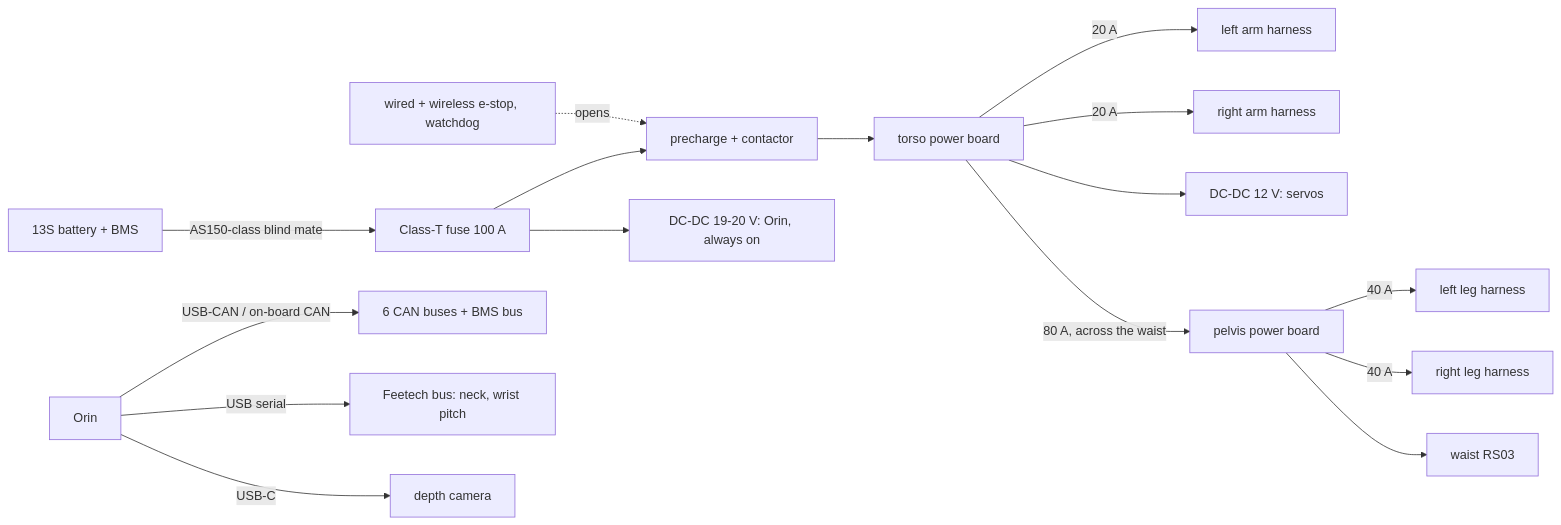
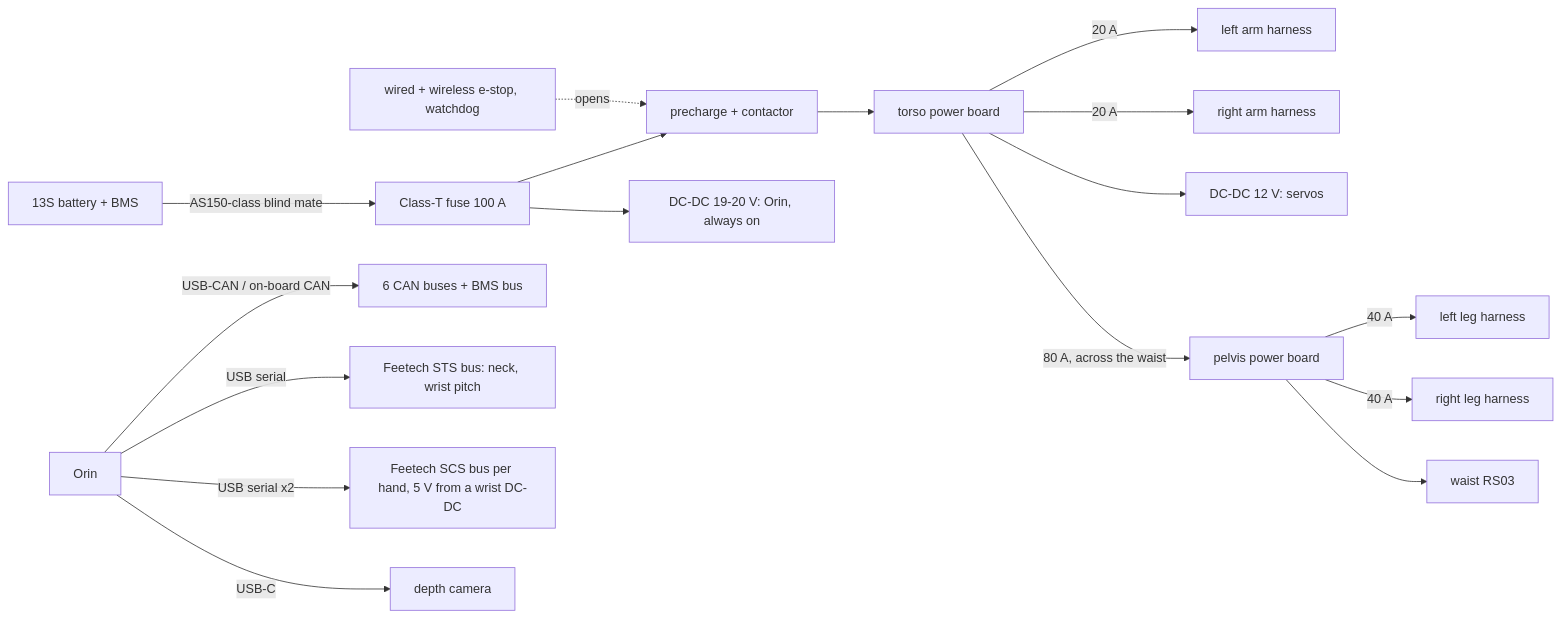
Before and after one commit to kranthie/marvin-bot: the diagram in docs/design/assembly_wiring.md, drawn with Mermaid. The commit also changed other lines of this file and 31 other files, not shown here.

````diff
--- a/docs/design/assembly_wiring.md
+++ b/docs/design/assembly_wiring.md
@@ -50,18 +50,19 @@
 ```mermaid
 flowchart LR
   BAT[13S battery + BMS] -->|AS150-class blind mate| FUSE[Class-T fuse 100 A]
   FUSE --> PRE[precharge + contactor]
   ESTOP[wired + wireless e-stop, watchdog] -.opens.-> PRE
   FUSE --> DCC[DC-DC 19-20 V: Orin, always on]
   PRE --> TPDB[torso power board]
   TPDB -->|20 A| LARM[left arm harness]
   TPDB -->|20 A| RARM[right arm harness]
   TPDB --> DC12[DC-DC 12 V: servos]
   TPDB -->|80 A, across the waist| PPDB[pelvis power board]
   PPDB -->|40 A| LLEG[left leg harness]
   PPDB -->|40 A| RLEG[right leg harness]
   PPDB --> WAIST[waist RS03]
   ORIN[Orin] -->|USB-CAN / on-board CAN| BUSES[6 CAN buses + BMS bus]
-  ORIN -->|USB serial| SERVO[Feetech bus: neck, wrist pitch]
+  ORIN -->|USB serial| SERVO[Feetech STS bus: neck, wrist pitch]
+  ORIN -->|USB serial x2| HANDS[Feetech SCS bus per hand, 5 V from a wrist DC-DC]
   ORIN -->|USB-C| CAM[depth camera]
 ```
````
